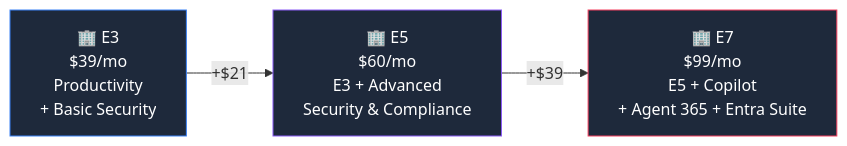
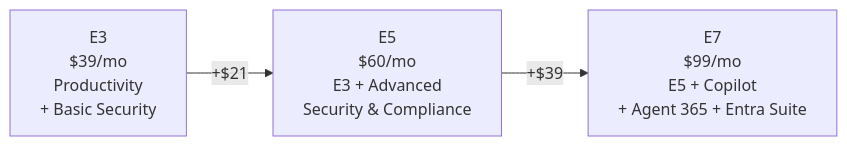
The second of 2 diagrams in content/licensing/microsoft-365-e7.md (susanthgit/aguidetocloud-revamp), drawn with Mermaid before and after one commit. The commit also changed other lines of this file and 553 other files, not shown here.

First line of the commit message:
🌸 Z17: Zen Mermaid diagrams — Stripe Docs style

````diff
--- a/content/licensing/microsoft-365-e7.md
+++ b/content/licensing/microsoft-365-e7.md
@@ -160,11 +155,8 @@
 ```mermaid
 flowchart LR
-    E3["🏢 E3\n$39/mo\nProductivity\n+ Basic Security"]
-    E5["🏢 E5\n$60/mo\nE3 + Advanced\nSecurity & Compliance"]
-    E7["🏢 E7\n$99/mo\nE5 + Copilot\n+ Agent 365 + Entra Suite"]
+    E3["E3<br/>$39/mo<br/>Productivity<br/>+ Basic Security"]
+    E5["E5<br/>$60/mo<br/>E3 + Advanced<br/>Security & Compliance"]
+    E7["E7<br/>$99/mo<br/>E5 + Copilot<br/>+ Agent 365 + Entra Suite"]
     E3 -->|"+$21"| E5
     E5 -->|"+$39"| E7
-    style E3 fill:#1e293b,stroke:#3b82f6,color:#ffffff
-    style E5 fill:#1e293b,stroke:#8b5cf6,color:#ffffff
-    style E7 fill:#1e293b,stroke:#F43F5E,color:#ffffff
 ```
````
